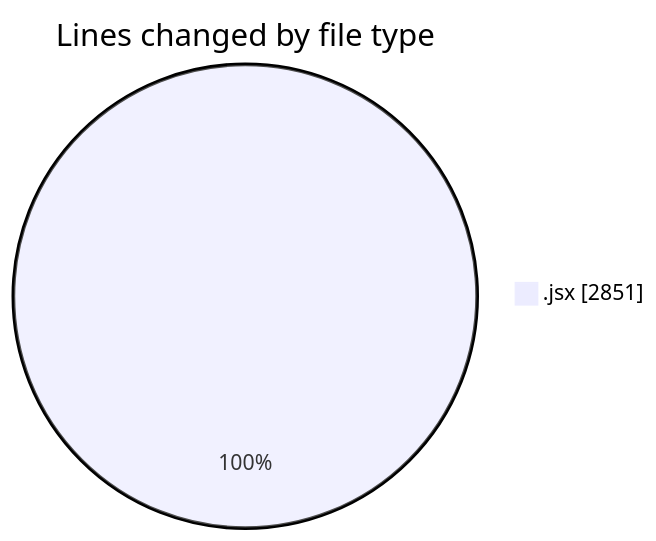
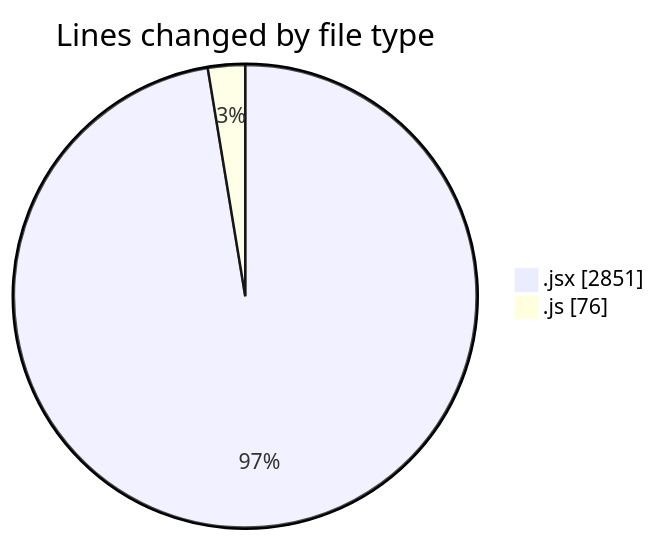
Before and after one commit to nxtqubesakshisongat/code-tracking: the first of 2 diagrams in 2025-06-21/nxtqube_webapp/README.md, drawn with Mermaid. The commit also changed other lines of this file and 1 other file, not shown here.

````diff
--- a/2025-06-21/nxtqube_webapp/README.md
+++ b/2025-06-21/nxtqube_webapp/README.md
@@ -22,5 +23,6 @@
 ```mermaid
 pie showData
 title Lines changed by file type
 ".jsx" : 2851
+".js" : 76
 ```
````
